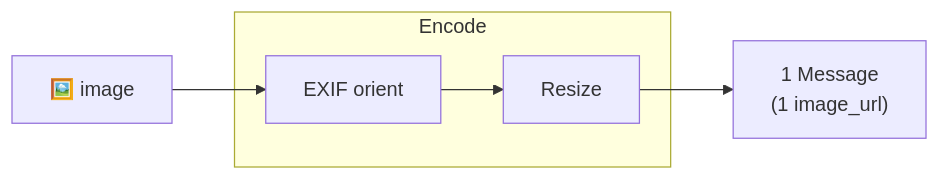
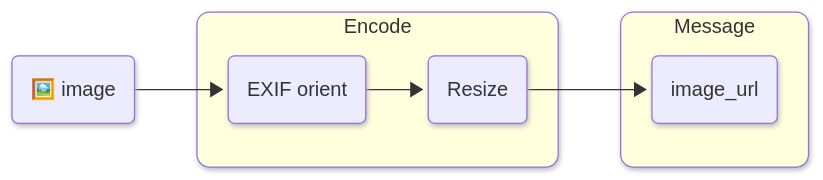
The first of 17 diagrams in docs/ENCODERS.md (vlm-run/mm), drawn with Mermaid before and after one commit. The commit also changed other lines of this file and 1 other file, not shown here.

Commit message:
Use a proper message block with subgroups (#146)

````diff
--- a/docs/ENCODERS.md
+++ b/docs/ENCODERS.md
@@ -20,13 +20,18 @@
 ```mermaid
+%%{init: {'look': 'neo'} }%%
 graph LR
-  img["🖼️ image"]
+  img("🖼️ image")
 
   subgraph encode ["Encode"]
-    exif["EXIF orient"]
-    resize["Resize"]
+    exif("EXIF orient")
+    resize("Resize")
   end
 
-  msg["1 Message\n(1 image_url)"]
+  subgraph message ["Message"]
+    msg("image_url")
+  end
 
   img --> exif --> resize --> msg
+  style encode rx:10px,ry:10px
+  style message rx:10px,ry:10px
 ```
````
